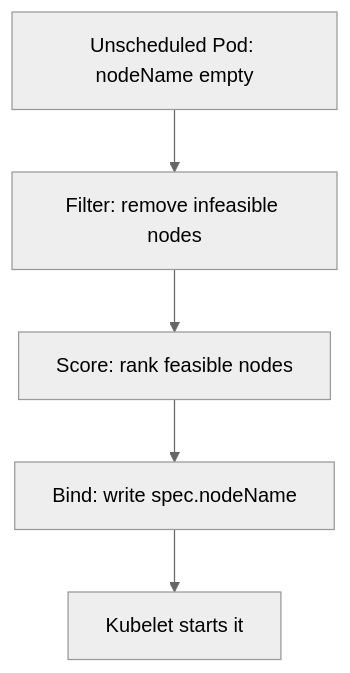
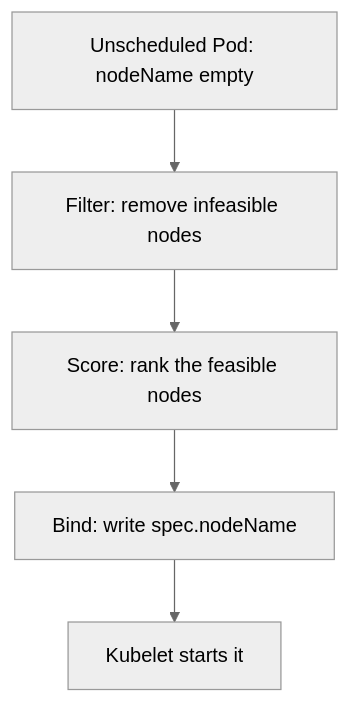
One commit to darshan-raul/apollo11-docs changed the diagram in docs/learn/reliability/scheduling.md. Above: the diagram before and after it, drawn with Mermaid (neutral theme). The commit also changed other lines of this file and 55 other files, not shown here.

````diff
--- a/docs/learn/reliability/scheduling.md
+++ b/docs/learn/reliability/scheduling.md
@@ -14,7 +22,7 @@
 ```mermaid
 flowchart TD
   U[Unscheduled Pod: nodeName empty] --> F[Filter: remove infeasible nodes]
-  F --> S[Score: rank feasible nodes]
+  F --> S[Score: rank the feasible nodes]
   S --> B[Bind: write spec.nodeName]
   B --> K[Kubelet starts it]
 ```
````
